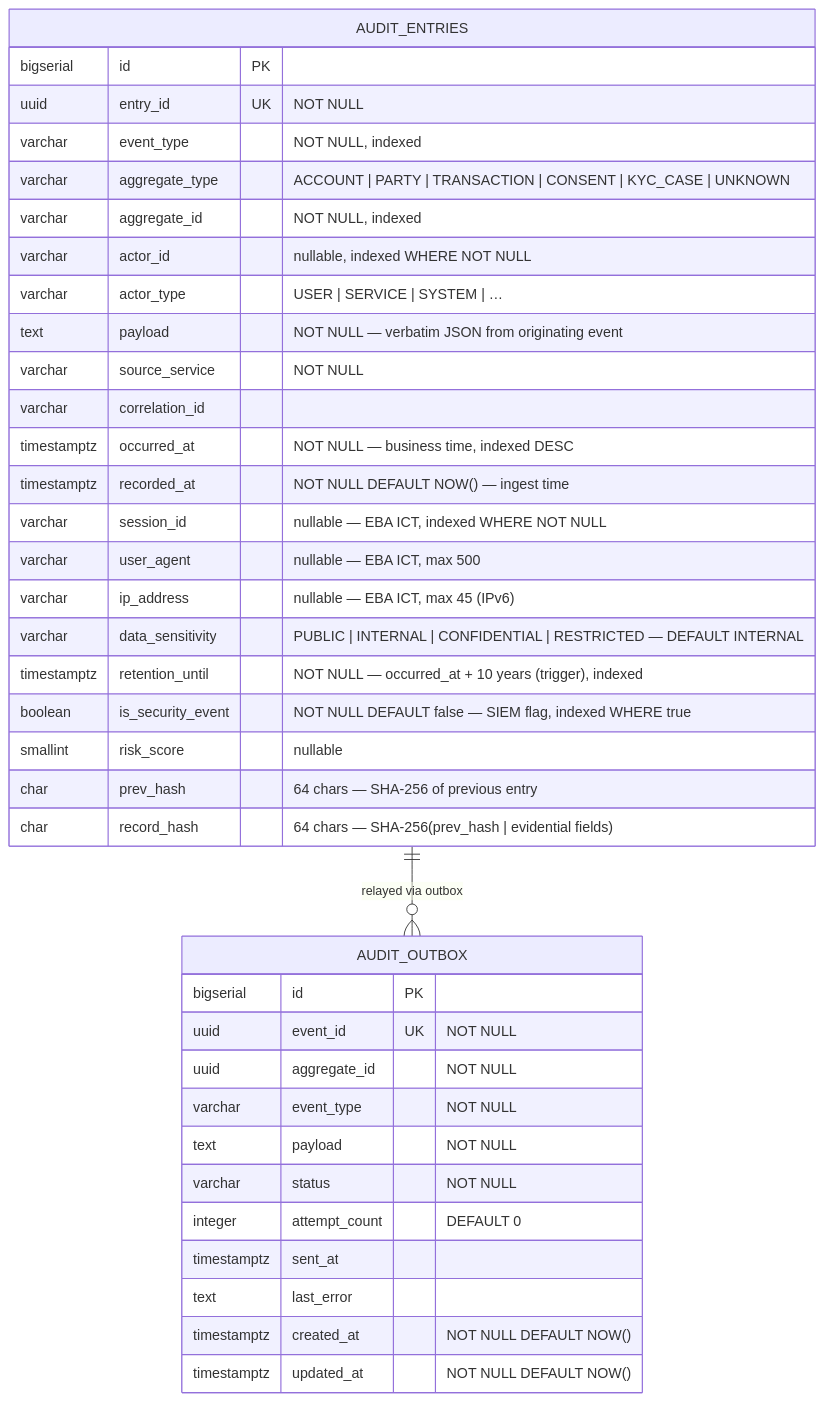
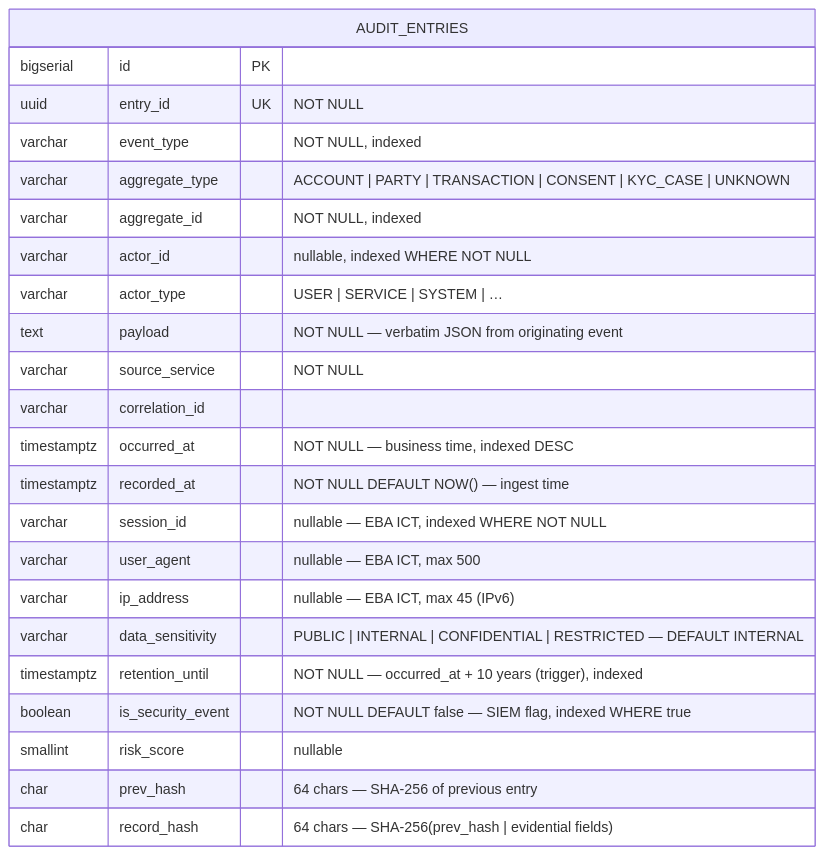
The diagram in openbank-audit-service/src/main/resources/diagrams/02-er-schema.mmd (JiRaska/open-bank-oss), drawn with Mermaid before and after one commit. The commit also changed 24 other files, not shown here.

First line of the commit message:
chore(audit): delete dead outbox apparatus, no consumer need identified

```diff
--- a/openbank-audit-service/src/main/resources/diagrams/02-er-schema.mmd
+++ b/openbank-audit-service/src/main/resources/diagrams/02-er-schema.mmd
@@ -1,41 +1,25 @@
 %% title: Audit Service — ER Schema
 erDiagram
   AUDIT_ENTRIES {
     bigserial id PK
     uuid entry_id UK "NOT NULL"
     varchar event_type "NOT NULL, indexed"
     varchar aggregate_type "ACCOUNT | PARTY | TRANSACTION | CONSENT | KYC_CASE | UNKNOWN"
     varchar aggregate_id "NOT NULL, indexed"
     varchar actor_id "nullable, indexed WHERE NOT NULL"
     varchar actor_type "USER | SERVICE | SYSTEM | …"
     text payload "NOT NULL — verbatim JSON from originating event"
     varchar source_service "NOT NULL"
     varchar correlation_id
     timestamptz occurred_at "NOT NULL — business time, indexed DESC"
     timestamptz recorded_at "NOT NULL DEFAULT NOW() — ingest time"
     varchar session_id "nullable — EBA ICT, indexed WHERE NOT NULL"
     varchar user_agent "nullable — EBA ICT, max 500"
     varchar ip_address "nullable — EBA ICT, max 45 (IPv6)"
     varchar data_sensitivity "PUBLIC | INTERNAL | CONFIDENTIAL | RESTRICTED — DEFAULT INTERNAL"
     timestamptz retention_until "NOT NULL — occurred_at + 10 years (trigger), indexed"
     boolean is_security_event "NOT NULL DEFAULT false — SIEM flag, indexed WHERE true"
     smallint risk_score "nullable"
     char prev_hash "64 chars — SHA-256 of previous entry"
     char record_hash "64 chars — SHA-256(prev_hash | evidential fields)"
   }
-
-  AUDIT_OUTBOX {
-    bigserial id PK
-    uuid event_id UK "NOT NULL"
-    uuid aggregate_id "NOT NULL"
-    varchar event_type "NOT NULL"
-    text payload "NOT NULL"
-    varchar status "NOT NULL"
-    integer attempt_count "DEFAULT 0"
-    timestamptz sent_at
-    text last_error
-    timestamptz created_at "NOT NULL DEFAULT NOW()"
-    timestamptz updated_at "NOT NULL DEFAULT NOW()"
-  }
-
-  AUDIT_ENTRIES ||--o{ AUDIT_OUTBOX : "relayed via outbox"
```
